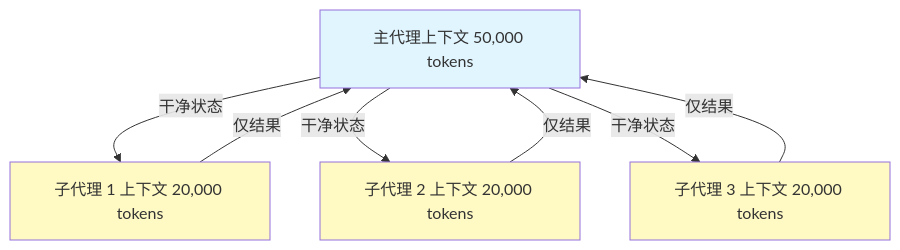
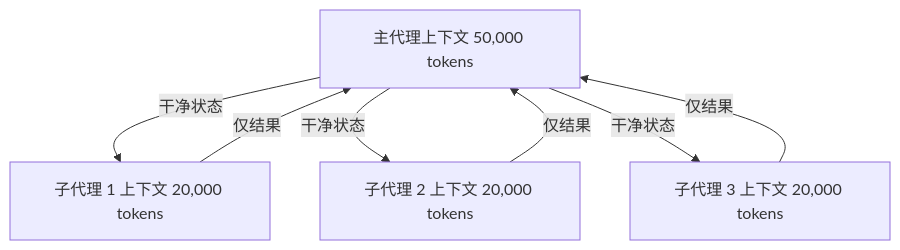
The seventh of 31 diagrams in claude-howto-zh/claude_concepts_guide.md (Rx782-Fss/claude-howto-zh), drawn with Mermaid before and after one commit. The commit also changed other lines of this file and 9 other files, not shown here.

Commit message:
fix: 清除 Mermaid style 行(105处)和节点标签数字列表格式(17处)，修复 Obsidian/GitHub 'Unsupported markdown: list' 渲染错误

````diff
--- a/claude-howto-zh/claude_concepts_guide.md
+++ b/claude-howto-zh/claude_concepts_guide.md
@@ -506,20 +506,16 @@
 ```mermaid
 graph TB
     A["主代理上下文 50,000 tokens"]
     B["子代理 1 上下文 20,000 tokens"]
     C["子代理 2 上下文 20,000 tokens"]
     D["子代理 3 上下文 20,000 tokens"]
 
     A -->|干净状态| B
     A -->|干净状态| C
     A -->|干净状态| D
 
     B -->|仅结果| A
     C -->|仅结果| A
     D -->|仅结果| A
 
-    style A fill:#e1f5ff
-    style B fill:#fff9c4
-    style C fill:#fff9c4
-    style D fill:#fff9c4
 ```
````
